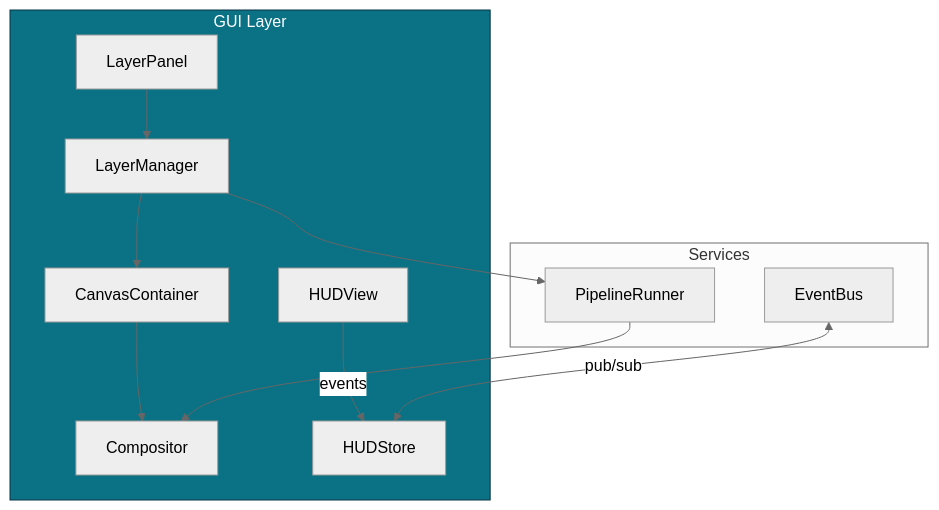
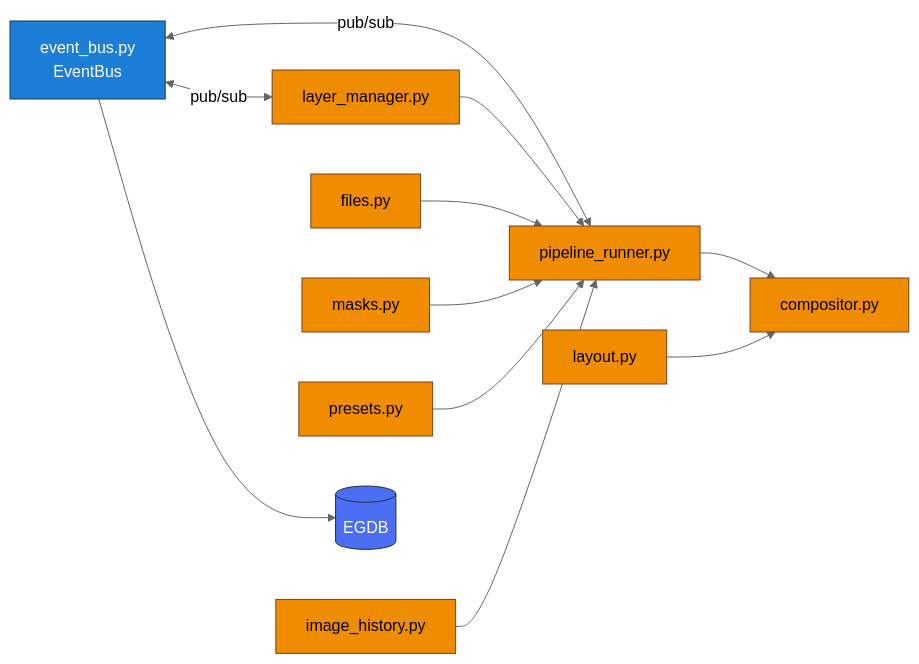
One commit to DonkeyJJLove/glitchlab changed the third of 4 diagrams in glx_catalog_v5/docs/gui.md. Above: the diagram before and after it, drawn with Mermaid (neutral theme). The commit also changed other lines of this file, not shown here.

````diff
--- a/glx_catalog_v5/docs/gui.md
+++ b/glx_catalog_v5/docs/gui.md
@@ -3,19 +162,29 @@
 ```mermaid
-flowchart TD
-  subgraph GUI[GUI Layer]
-    LP[LayerPanel] --> LM[LayerManager]
-    LM --> CC[CanvasContainer]
-    CC --> CMP[Compositor]
-    HUDG[HUDView] -->|events| HUDS[HUDStore]
-  end
+flowchart LR
+  EB[event_bus.py<br/>EventBus]:::bus
+  PR[pipeline_runner.py]:::svc
+  CMP[compositor.py]:::svc
+  LM[layer_manager.py]:::svc
+  FILES[files.py]:::svc
+  MASKS[masks.py]:::svc
+  PRESET[presets.py]:::svc
+  IH[image_history.py]:::svc
+  LAYOUT[layout.py]:::svc
+  EGDB[(EGDB)]:::db
 
-  subgraph Services
-    EB[EventBus]
-    PR[PipelineRunner]
-  end
+  EB <-->|pub/sub| PR
+  EB <-->|pub/sub| LM
+  EB --> EGDB
 
-  EB <-->|pub/sub| HUDS
+  LM --> PR
   PR --> CMP
-  LM --> PR
-  style GUI fill:#0b7285,stroke:#083344,color:#fff
+  FILES --> PR
+  MASKS --> PR
+  PRESET --> PR
+  IH --> PR
+  LAYOUT --> CMP
+
+  classDef bus fill:#1c7ed6,stroke:#123a62,color:#fff;
+  classDef svc fill:#f08c00,stroke:#742,color:#000;
+  classDef db fill:#4c6ef5,stroke:#233,color:#fff;
 ```
````
